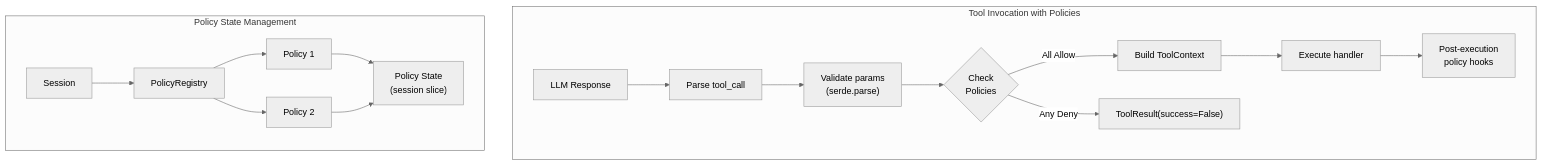
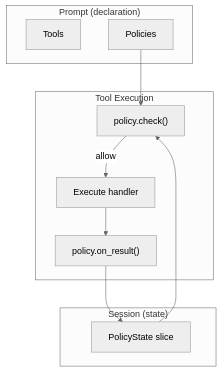
The diagram in specs/TOOL_POLICIES.md (weakincentives/weakincentives), drawn with Mermaid (neutral theme) before and after one commit. The commit also changed other lines of this file, not shown here.

First line of the commit message:
Refocus tool policies on sequential dependencies

````diff
--- a/specs/TOOL_POLICIES.md
+++ b/specs/TOOL_POLICIES.md
@@ -24,20 +18,23 @@
 ```mermaid
 flowchart TB
-    subgraph Invocation["Tool Invocation with Policies"]
-        LLM["LLM Response"] --> Parse["Parse tool_call"]
-        Parse --> Validate["Validate params<br/>(serde.parse)"]
-        Validate --> PolicyCheck{"Check<br/>Policies"}
-        PolicyCheck -->|All Allow| BuildCtx["Build ToolContext"]
-        PolicyCheck -->|Any Deny| PolicyError["ToolResult(success=False)"]
-        BuildCtx --> Handler["Execute handler"]
-        Handler --> PostPolicy["Post-execution<br/>policy hooks"]
+    subgraph Prompt["Prompt (declaration)"]
+        Tools["Tools"]
+        Policies["Policies"]
     end
 
-    subgraph PolicyState["Policy State Management"]
-        Session["Session"] --> PolicyRegistry["PolicyRegistry"]
-        PolicyRegistry --> Policy1["Policy 1"]
-        PolicyRegistry --> Policy2["Policy 2"]
-        Policy1 --> StateSlice["Policy State<br/>(session slice)"]
-        Policy2 --> StateSlice
+    subgraph Session["Session (state)"]
+        PolicyState["PolicyState slice"]
     end
+
+    subgraph Execution["Tool Execution"]
+        Check["policy.check()"]
+        Handler["Execute handler"]
+        Record["policy.on_result()"]
+    end
+
+    Policies --> Check
+    PolicyState --> Check
+    Check -->|allow| Handler
+    Handler --> Record
+    Record --> PolicyState
 ```
````
